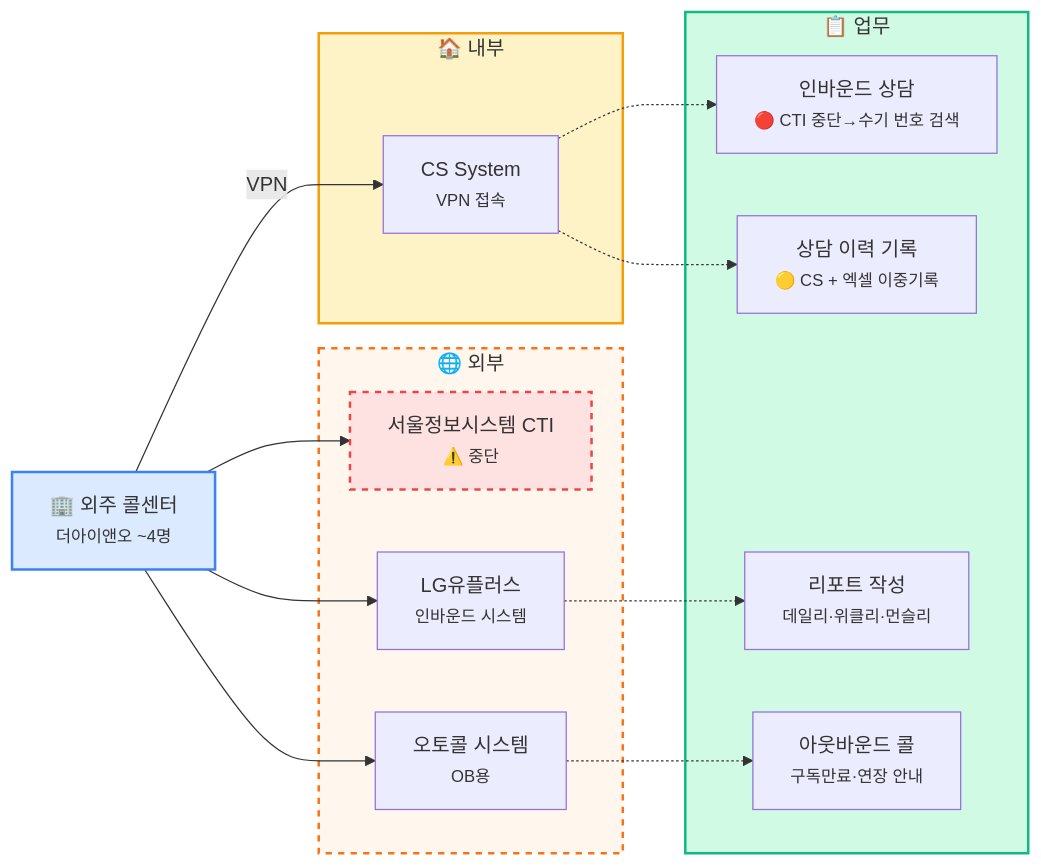
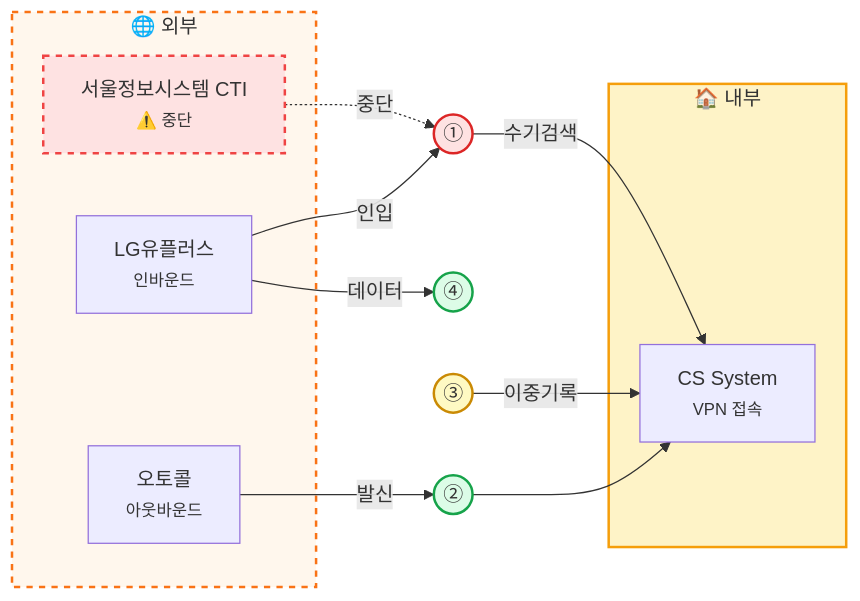
Before and after one commit to sknkwoxs/manual-book: the sixth of 8 diagrams in src/content/docs/goodthinking-isp/02-analysis/entity-map.md, drawn with Mermaid. The commit also changed other lines of this file and 60 other files, not shown here.

````diff
--- a/src/content/docs/goodthinking-isp/02-analysis/entity-map.md
+++ b/src/content/docs/goodthinking-isp/02-analysis/entity-map.md
@@ -270,35 +290,33 @@
 ```mermaid
 flowchart LR
-    CALL["🏢 외주 콜센터<br/><small>더아이앤오 ~4명</small>"]
-
     subgraph SYS_INT["🏠 내부"]
         CS["CS System<br/><small>VPN 접속</small>"]
     end
     subgraph SYS_EXT["🌐 외부"]
         CTI["서울정보시스템 CTI<br/><small>⚠️ 중단</small>"]
-        LG["LG유플러스<br/><small>인바운드 시스템</small>"]
-        AUTO["오토콜 시스템<br/><small>OB용</small>"]
+        LG["LG유플러스<br/><small>인바운드</small>"]
+        AUTO["오토콜<br/><small>아웃바운드</small>"]
     end
 
-    subgraph PROC["📋 업무"]
-        P1["인바운드 상담<br/><small>🔴 CTI 중단→수기 번호 검색</small>"]
-        P2["아웃바운드 콜<br/><small>구독만료·연장 안내</small>"]
-        P3["상담 이력 기록<br/><small>🟡 CS + 엑셀 이중기록</small>"]
-        P4["리포트 작성<br/><small>데일리·위클리·먼슬리</small>"]
-    end
+    P1(("①"))
+    P2(("②"))
+    P3(("③"))
+    P4(("④"))
 
-    CALL -->|"VPN"| CS
-    CALL --> CTI
-    CALL --> LG
-    CALL --> AUTO
-    CS -.-> P1
-    AUTO -.-> P2
-    CS -.-> P3
-    LG -.-> P4
+    %% 업무 → 시스템
+    LG -->|"인입"| P1
+    CTI -.->|"중단"| P1
+    P1 -->|"수기검색"| CS
+    AUTO -->|"발신"| P2
+    P2 --> CS
+    P3 -->|"이중기록"| CS
+    LG -->|"데이터"| P4
 
     style SYS_INT fill:#fef3c7,stroke:#f59e0b,stroke-width:2px
     style SYS_EXT fill:#fff7ed,stroke:#f97316,stroke-width:2px,stroke-dasharray: 5 5
-    style PROC fill:#d1fae5,stroke:#10b981,stroke-width:2px
-    style CALL fill:#dbeafe,stroke:#3b82f6,stroke-width:2px
     style CTI fill:#fee2e2,stroke:#ef4444,stroke-width:2px,stroke-dasharray: 5 5
+    style P1 fill:#fee2e2,stroke:#dc2626,stroke-width:2px
+    style P2 fill:#dcfce7,stroke:#16a34a,stroke-width:2px
+    style P3 fill:#fef9c3,stroke:#ca8a04,stroke-width:2px
+    style P4 fill:#dcfce7,stroke:#16a34a,stroke-width:2px
 ```
````
